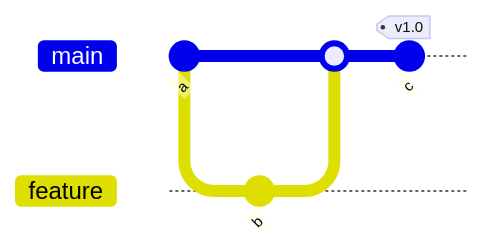
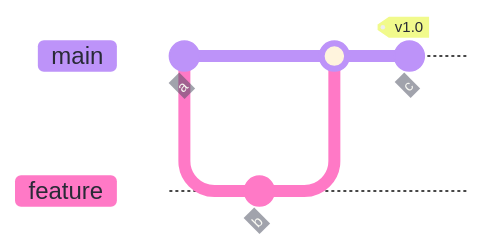
Diagram 16 of 25 in .claude/skills/mermaid-diagramming/references/syntax-extended.md (bsamiee/Rasm), drawn with Mermaid before and after one commit. The commit also changed other lines of this file and 55 other files, not shown here.

````diff
--- a/.claude/skills/mermaid-diagramming/references/syntax-extended.md
+++ b/.claude/skills/mermaid-diagramming/references/syntax-extended.md
@@ -349,10 +432,24 @@
 ```mermaid
+---
+config:
+  theme: base
+  themeVariables:
+    darkMode: true
+    git0: "#BD93F9"
+    git1: "#FF79C6"
+    gitBranchLabel0: "#282A36"
+    gitBranchLabel1: "#282A36"
+    commitLabelColor: "#F8F8F2"
+    commitLabelBackground: "#44475A"
+    tagLabelColor: "#282A36"
+    tagLabelBackground: "#F1FA8C"
+---
 gitGraph LR:
   commit id: "a"
   branch feature
   checkout feature
   commit id: "b"
   checkout main
   merge feature
   commit id: "c" tag: "v1.0"
 ```
````
